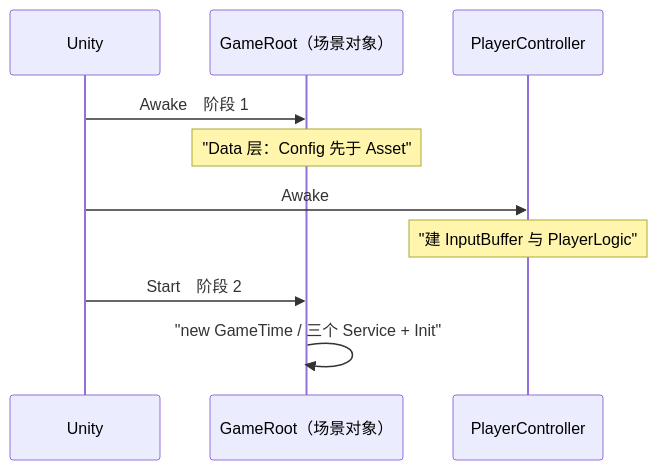
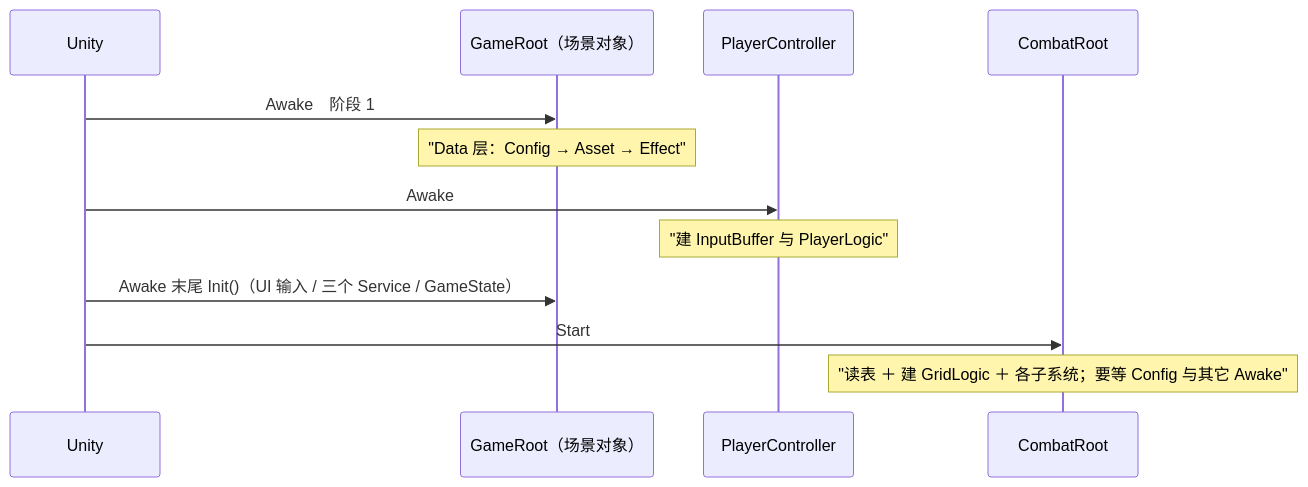
One commit to 5FYZhou/deepseaoil changed the diagram in Docs/框架设计/分层设计/表现层.md. Above: the diagram before and after it, drawn with Mermaid. The commit also changed other lines of this file and 152 other files, not shown here.

````diff
--- a/Docs/框架设计/分层设计/表现层.md
+++ b/Docs/框架设计/分层设计/表现层.md
@@ -31,12 +42,14 @@
 ```mermaid
 sequenceDiagram
     participant U as Unity
     participant GR as GameRoot（场景对象）
     participant PC as PlayerController
+    participant CR as CombatRoot
     U->>GR: Awake　阶段 1
-    Note over GR: "Data 层：Config 先于 Asset"
+    Note over GR: "Data 层：Config → Asset → Effect"
     U->>PC: Awake
     Note over PC: "建 InputBuffer 与 PlayerLogic"
-    U->>GR: Start　阶段 2
-    GR->>GR: "new GameTime / 三个 Service + Init"
+    U->>GR: Awake 末尾 Init()（UI 输入 / 三个 Service / GameState）
+    U->>CR: Start
+    Note over CR: "读表 ＋ 建 GridLogic ＋ 各子系统；要等 Config 与其它 Awake"
 ```
````
